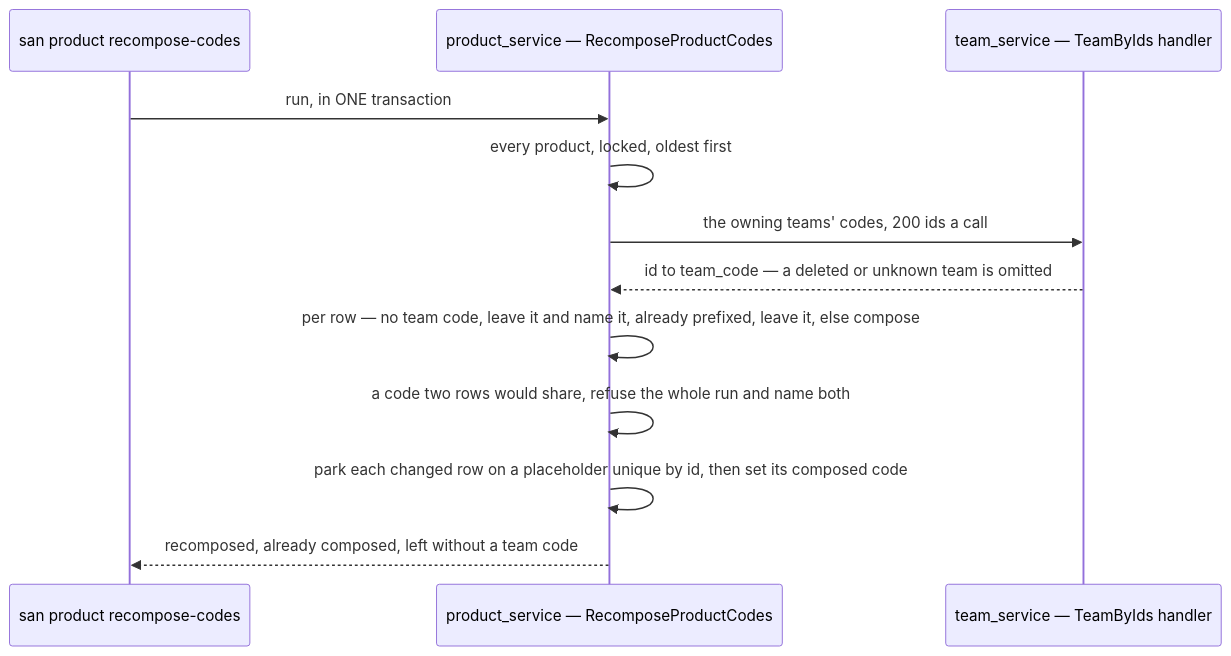
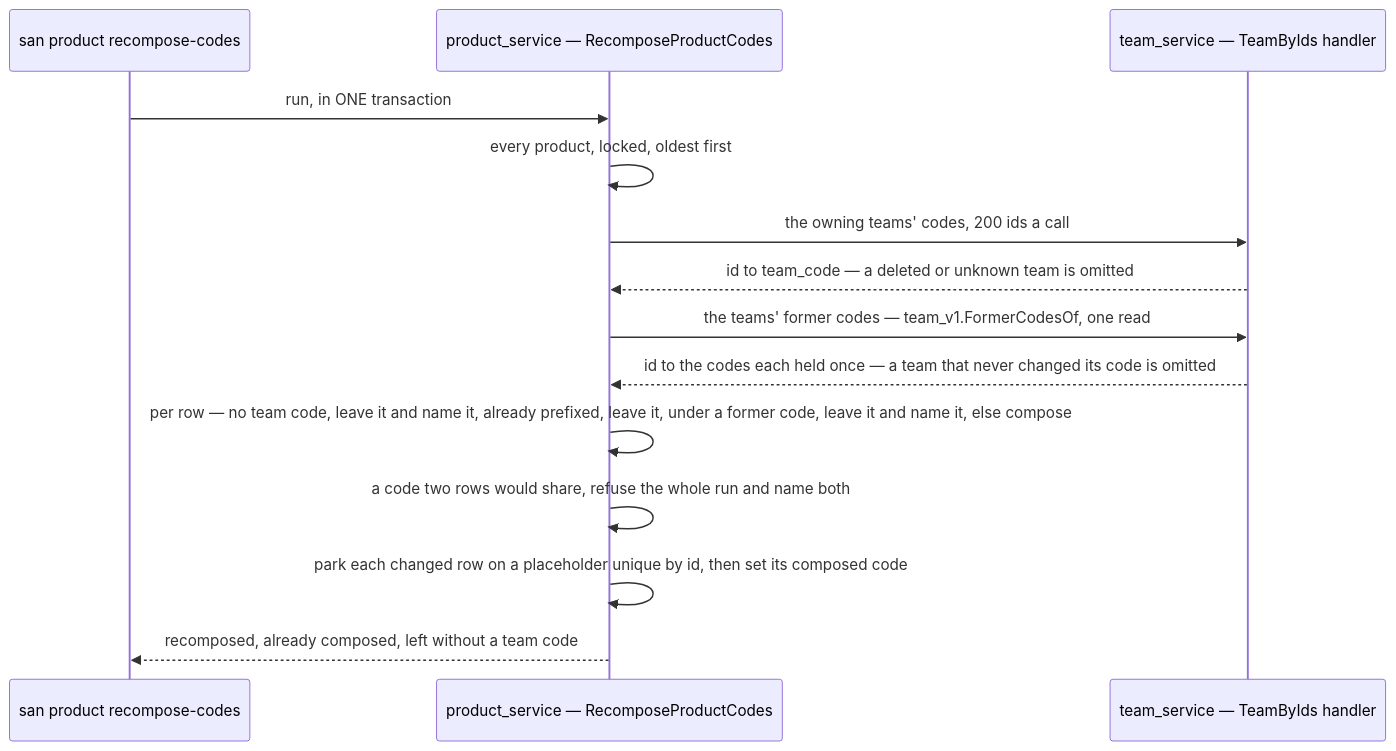
Diagram 12 of 29 in docs/tools/san.md (pdcgo/warehouse_revamp), drawn with Mermaid before and after one commit. The commit also changed other lines of this file and 462 other files, not shown here.

````diff
--- a/docs/tools/san.md
+++ b/docs/tools/san.md
@@ -1917,14 +1928,16 @@
 ```mermaid
 sequenceDiagram
   participant SAN as san product recompose-codes
   participant PROD as product_service — RecomposeProductCodes
   participant TEAM as team_service — TeamByIds handler
   SAN->>PROD: run, in ONE transaction
   PROD->>PROD: every product, locked, oldest first
   PROD->>TEAM: the owning teams' codes, 200 ids a call
   TEAM-->>PROD: id to team_code — a deleted or unknown team is omitted
-  PROD->>PROD: per row — no team code, leave it and name it, already prefixed, leave it, else compose
+  PROD->>TEAM: the teams' former codes — team_v1.FormerCodesOf, one read
+  TEAM-->>PROD: id to the codes each held once — a team that never changed its code is omitted
+  PROD->>PROD: per row — no team code, leave it and name it, already prefixed, leave it, under a former code, leave it and name it, else compose
   PROD->>PROD: a code two rows would share, refuse the whole run and name both
   PROD->>PROD: park each changed row on a placeholder unique by id, then set its composed code
   PROD-->>SAN: recomposed, already composed, left without a team code
 ```
````
